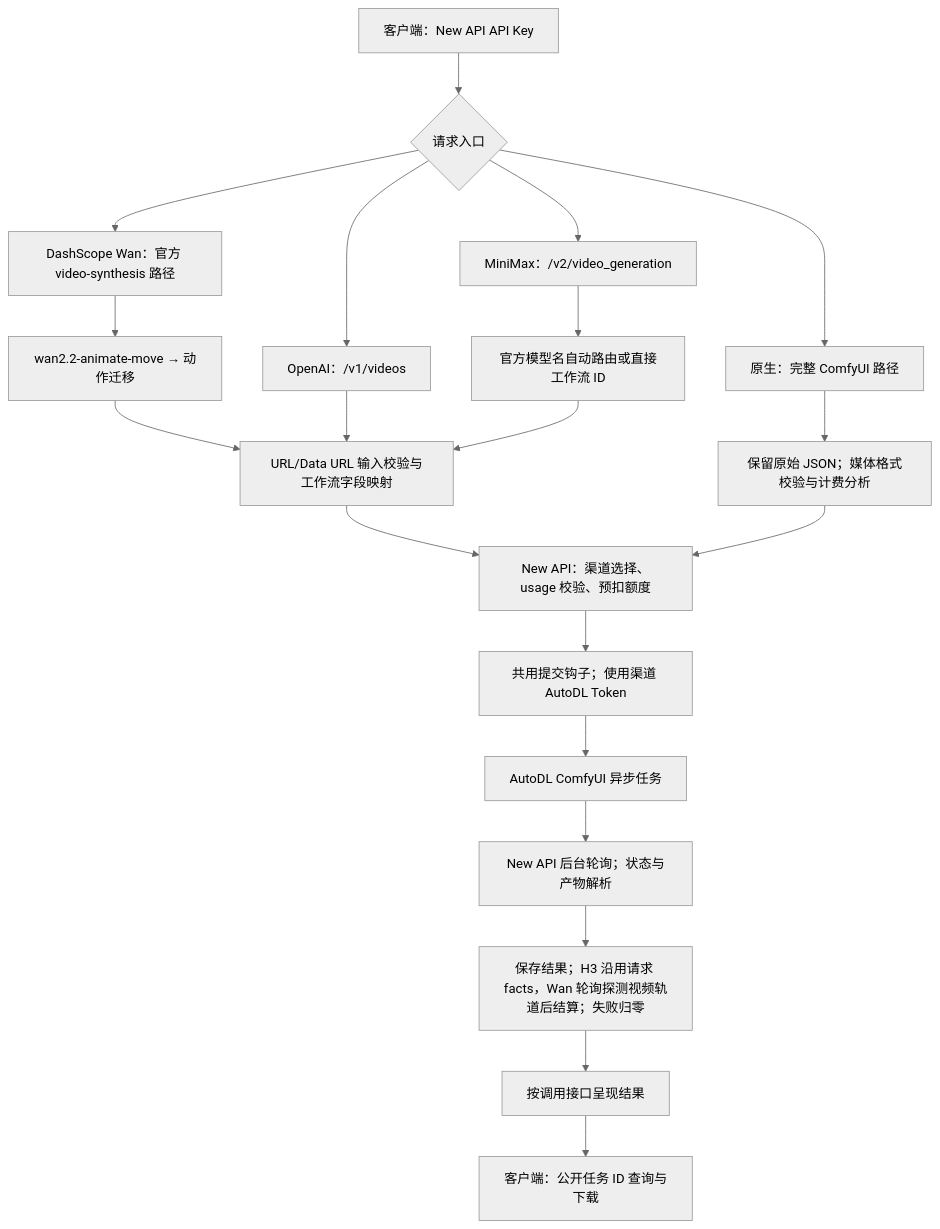
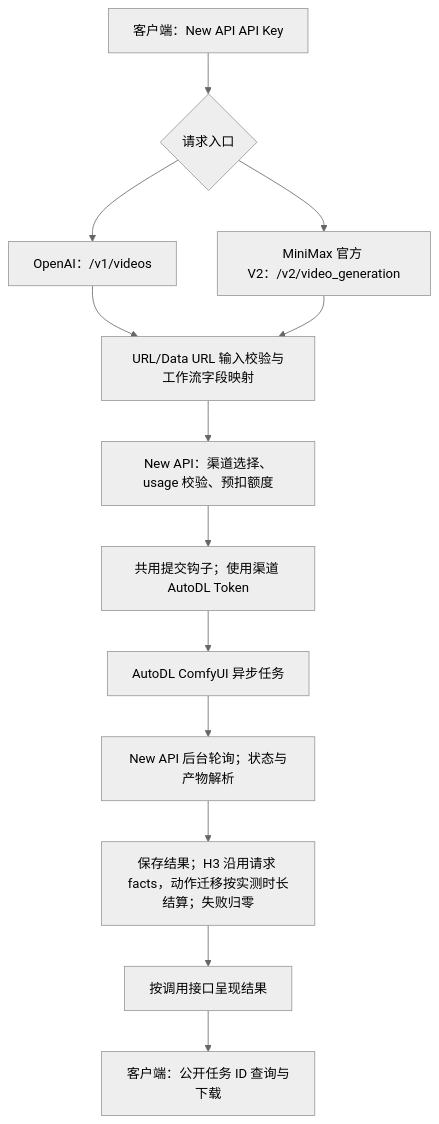
One commit to yiyinfaith/new-api-plugin-autodl changed the diagram in README.md. Above: the diagram before and after it, drawn with Mermaid (neutral theme). The commit also changed other lines of this file and 9 other files, not shown here.

First line of the commit message:
release: AutoDL plugin 1.0.5 keep only OpenAI and MiniMax, drop model auto-routing

````diff
--- a/README.md
+++ b/README.md
@@ -31,22 +30,15 @@
 ```mermaid
 flowchart TD
     Client["客户端：New API API Key"] --> Entry{"请求入口"}
     Entry --> OpenAI["OpenAI：/v1/videos"]
-    Entry --> MiniMax["MiniMax：/v2/video_generation"]
-    Entry --> Native["原生：完整 ComfyUI 路径"]
-    Entry --> Dash["DashScope Wan：官方 video-synthesis 路径"]
-    Dash --> Motion["wan2.2-animate-move → 动作迁移"]
-    Motion --> Map
+    Entry --> MiniMax["MiniMax 官方 V2：/v2/video_generation"]
     OpenAI --> Map["URL/Data URL 输入校验与工作流字段映射"]
-    MiniMax --> Route["官方模型名自动路由或直接工作流 ID"]
-    Route --> Map
-    Native --> Sidecar["保留原始 JSON；媒体格式校验与计费分析"]
+    MiniMax --> Map
     Map --> Host["New API：渠道选择、usage 校验、预扣额度"]
-    Sidecar --> Host
     Host --> Submit["共用提交钩子；使用渠道 AutoDL Token"]
     Submit --> Vendor["AutoDL ComfyUI 异步任务"]
     Vendor --> Poll["New API 后台轮询；状态与产物解析"]
-    Poll --> Settle["保存结果；H3 沿用请求 facts，Wan 轮询探测视频轨道后结算；失败归零"]
+    Poll --> Settle["保存结果；H3 沿用请求 facts，动作迁移按实测时长结算；失败归零"]
     Settle --> Render["按调用接口呈现结果"]
     Render --> Query["客户端：公开任务 ID 查询与下载"]
 ```
````
